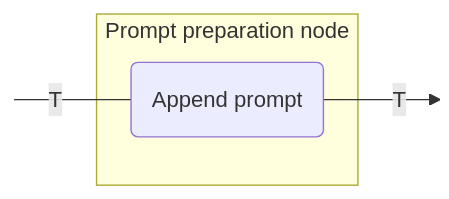
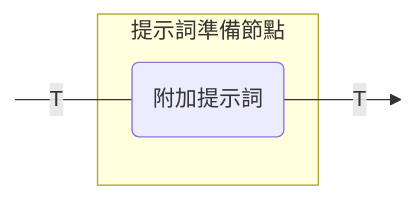
Before and after one commit to BinaryTape/Open-Docs: the third of 15 diagrams in docs/zh-Hant/koog/nodes-and-components.md, drawn with Mermaid. The commit also changed other lines of this file and 457 other files, not shown here.

````diff
--- a/docs/zh-Hant/koog/nodes-and-components.md
+++ b/docs/zh-Hant/koog/nodes-and-components.md
@@ -147,13 +146,13 @@
 ```mermaid
 graph LR
     in:::hidden
     out:::hidden
     
-    subgraph node ["Prompt preparation node"]
-        execute(Append prompt)
+    subgraph node ["提示詞準備節點"]
+        execute(附加提示詞)
     end
     
     in ---|T| execute --T--> out
 
     classDef hidden display: none;
 ```
````
